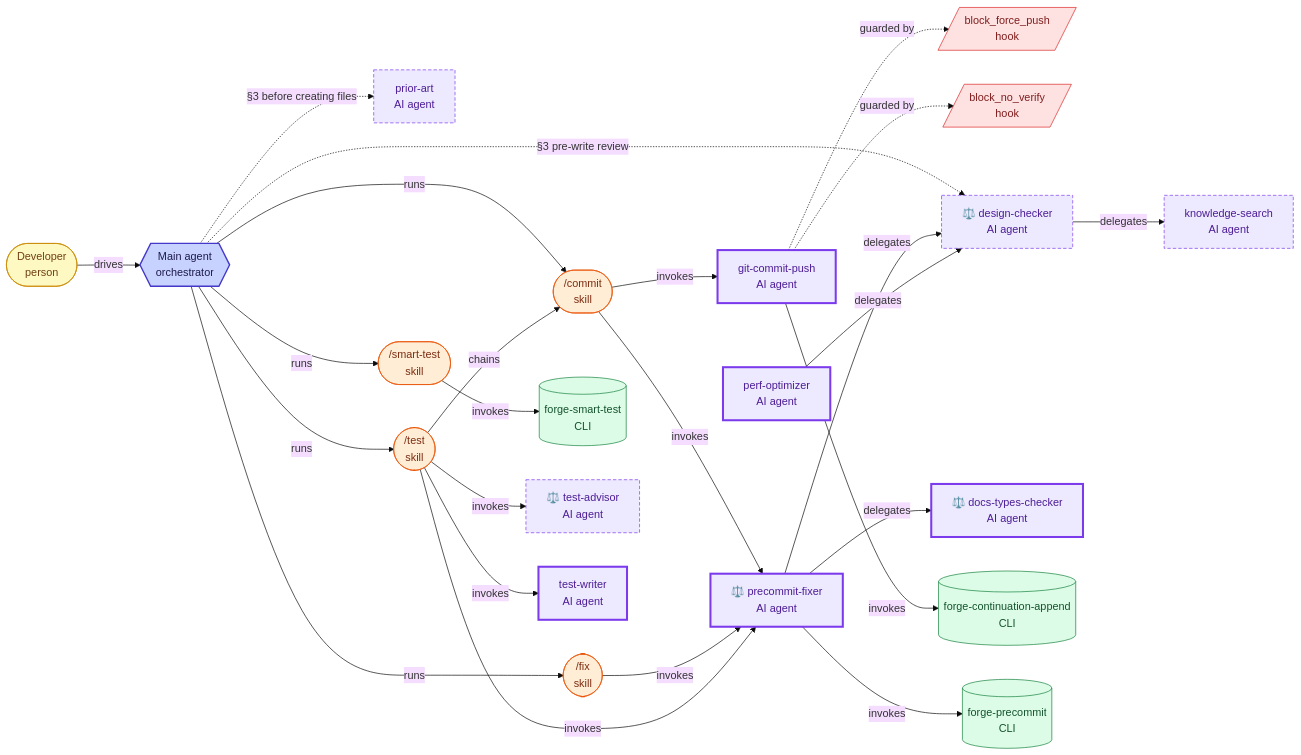
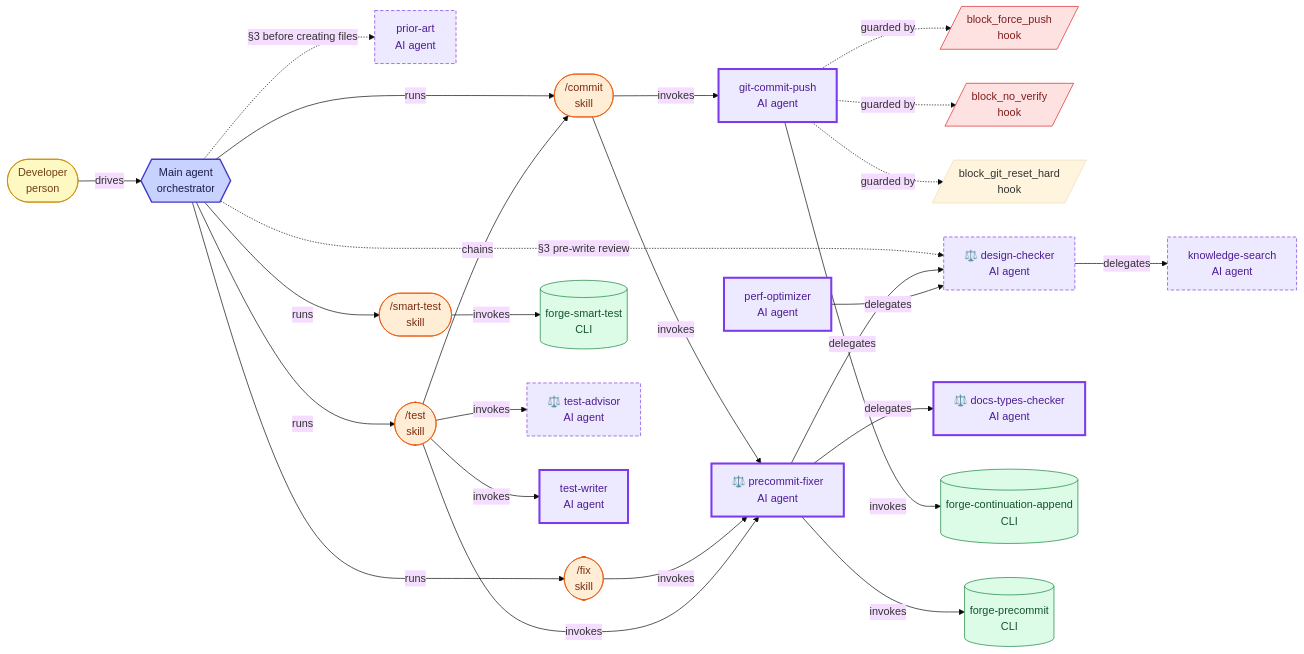
One commit to misnaej/forge changed the second of 7 diagrams in docs/agent-architecture.md. Above: the diagram before and after it, drawn with Mermaid (base theme). The commit also changed 14 other files, not shown here.

```diff
--- a/docs/agent-architecture.md
+++ b/docs/agent-architecture.md
@@ -105,6 +105,7 @@
   human -->|drives| main_agent
   hk_block_force_push[/"block_force_push<br/>hook"/]
   hk_block_no_verify[/"block_no_verify<br/>hook"/]
+  hk_block_git_reset_hard[/"block_git_reset_hard<br/>hook"/]
   sk_commit(["/commit<br/>skill"])
   design_checker["⚖️ design-checker<br/>AI agent"]
   docs_types_checker["⚖️ docs-types-checker<br/>AI agent"]
@@ -143,6 +144,7 @@
   sk_smart_test -->|invokes| cli_forge_smart_test
   git_commit_push -.->|guarded by| hk_block_no_verify
   git_commit_push -.->|guarded by| hk_block_force_push
+  git_commit_push -.->|guarded by| hk_block_git_reset_hard
   class human person
   class main_agent orchestrator
   class hk_block_force_push hook
```
